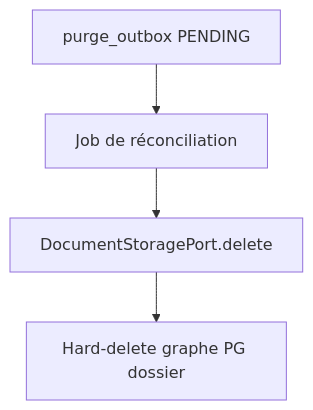
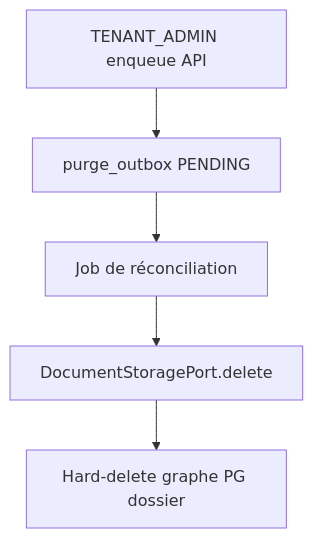
The diagram in docs/ai/design/2026-08-19-feature-purge-stockage.md (superjojo79/Myrmacta), drawn with Mermaid before and after one commit. The commit also changed other lines of this file and 1 other file, not shown here.

First line of the commit message:
docs(purge-stockage): Q7 actée — mutation admin enqueue outbox

````diff
--- a/docs/ai/design/2026-08-19-feature-purge-stockage.md
+++ b/docs/ai/design/2026-08-19-feature-purge-stockage.md
@@ -21,6 +21,7 @@
 ```mermaid
 flowchart TD
-  ob[purge_outbox PENDING] --> job[Job de réconciliation]
+  admin[TENANT_ADMIN enqueue API] --> ob[purge_outbox PENDING]
+  ob --> job[Job de réconciliation]
   job --> store[DocumentStoragePort.delete]
   store --> pg[Hard-delete graphe PG dossier]
 ```
````
